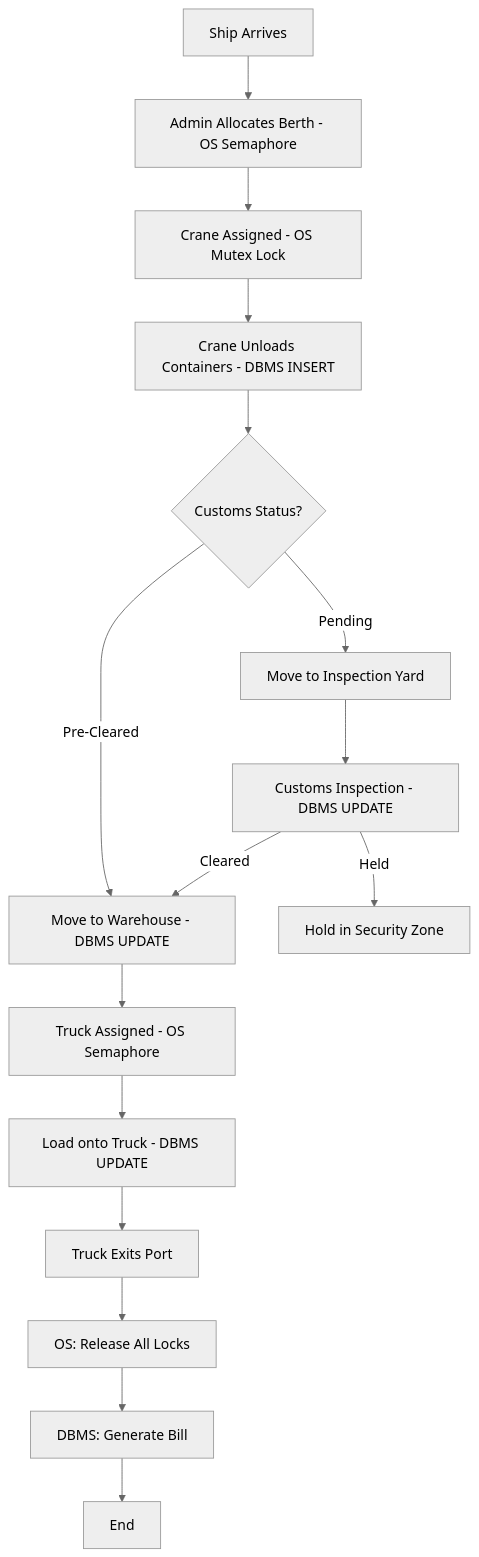
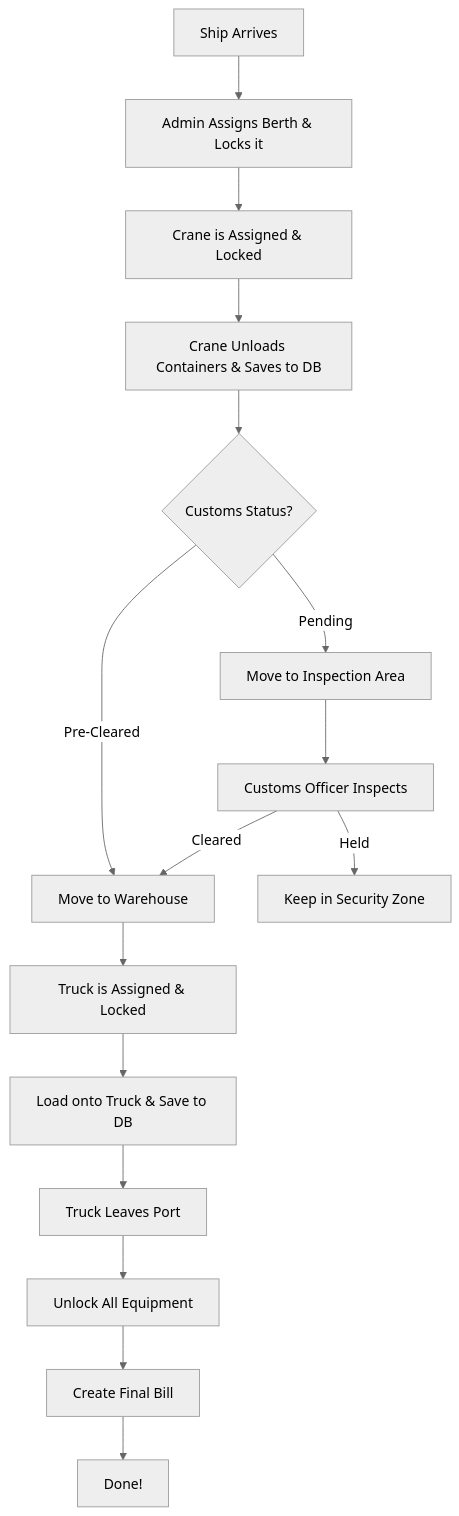
One commit to Sujalkathait/PortFlow changed the eighth of 8 diagrams in README.md. Above: the diagram before and after it, drawn with Mermaid (neutral theme). The commit also changed other lines of this file, not shown here.

````diff
--- a/README.md
+++ b/README.md
@@ -612,18 +582,18 @@
 ```mermaid
 flowchart TD
-    A[Ship Arrives] --> B[Admin Allocates Berth - OS Semaphore]
-    B --> C[Crane Assigned - OS Mutex Lock]
-    C --> D[Crane Unloads Containers - DBMS INSERT]
+    A[Ship Arrives] --> B[Admin Assigns Berth & Locks it]
+    B --> C[Crane is Assigned & Locked]
+    C --> D[Crane Unloads Containers & Saves to DB]
     D --> E{Customs Status?}
-    E -- Pending --> F[Move to Inspection Yard]
-    F --> G[Customs Inspection - DBMS UPDATE]
+    E -- Pending --> F[Move to Inspection Area]
+    F --> G[Customs Officer Inspects]
     G -- Cleared --> H
-    G -- Held --> I[Hold in Security Zone]
-    E -- Pre-Cleared --> H[Move to Warehouse - DBMS UPDATE]
-    H --> J[Truck Assigned - OS Semaphore]
-    J --> K[Load onto Truck - DBMS UPDATE]
-    K --> L[Truck Exits Port]
-    L --> M[OS: Release All Locks]
-    M --> N[DBMS: Generate Bill]
-    N --> O[End]
+    G -- Held --> I[Keep in Security Zone]
+    E -- Pre-Cleared --> H[Move to Warehouse]
+    H --> J[Truck is Assigned & Locked]
+    J --> K[Load onto Truck & Save to DB]
+    K --> L[Truck Leaves Port]
+    L --> M[Unlock All Equipment]
+    M --> N[Create Final Bill]
+    N --> O[Done!]
 ```
````
